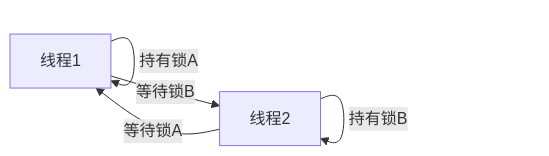
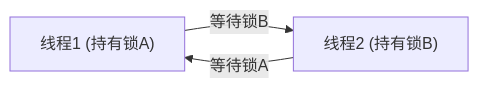
Before and after one commit to l552177239/my-note: the ninth of 11 diagrams in docs/02.后端/01.Java/16.Java 多线程与并发.md, drawn with Mermaid. The commit also changed other lines of this file, not shown here.

````diff
--- a/docs/02.后端/01.Java/16.Java 多线程与并发.md
+++ b/docs/02.后端/01.Java/16.Java 多线程与并发.md
@@ -551,7 +643,5 @@
 ```mermaid
 flowchart LR
-    T1[线程1] --持有锁A--> T1
-    T1 --等待锁B--> T2
-    T2[线程2] --持有锁B--> T2
-    T2 --等待锁A--> T1
+    T1["线程1 (持有锁A)"] -- 等待锁B --> T2
+    T2["线程2 (持有锁B)"] -- 等待锁A --> T1
 ```
````
